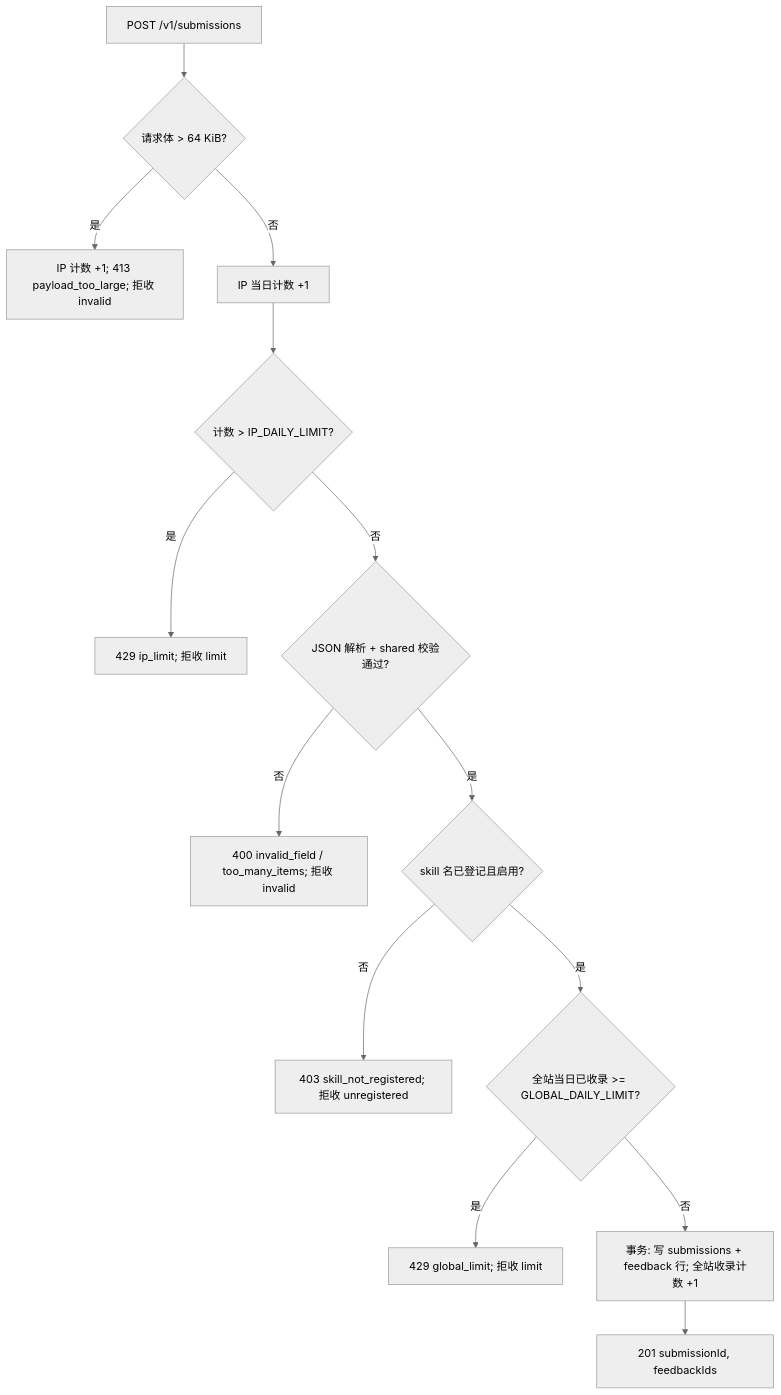
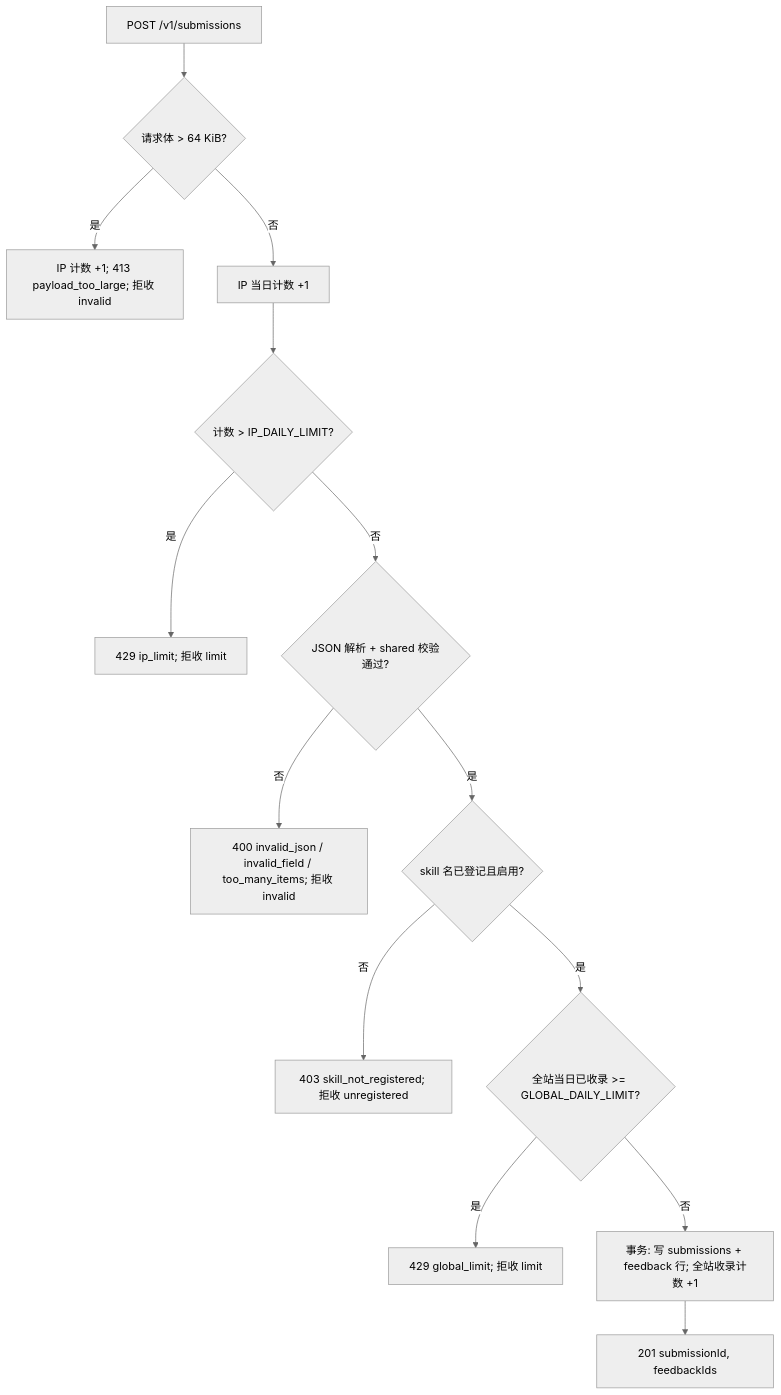
One commit to weidwonder/agent_feedback changed the first of 2 diagrams in docs/spec/2026-09-29-agent-feedback-eng-spec.md. Above: the diagram before and after it, drawn with Mermaid (neutral theme). The commit also changed other lines of this file and 11 other files, not shown here.

````diff
--- a/docs/spec/2026-09-29-agent-feedback-eng-spec.md
+++ b/docs/spec/2026-09-29-agent-feedback-eng-spec.md
@@ -30,16 +34,16 @@
 ```mermaid
 flowchart TD
   R[POST /v1/submissions] --> Z{请求体 > 64 KiB?}
   Z -->|是| Z1[IP 计数 +1; 413 payload_too_large; 拒收 invalid]
   Z -->|否| A[IP 当日计数 +1]
   A --> B{计数 > IP_DAILY_LIMIT?}
   B -->|是| B1[429 ip_limit; 拒收 limit]
   B -->|否| C{JSON 解析 + shared 校验通过?}
-  C -->|否| C1[400 invalid_field / too_many_items; 拒收 invalid]
+  C -->|否| C1[400 invalid_json / invalid_field / too_many_items; 拒收 invalid]
   C -->|是| D{skill 名已登记且启用?}
   D -->|否| D1[403 skill_not_registered; 拒收 unregistered]
   D -->|是| E{全站当日已收录 >= GLOBAL_DAILY_LIMIT?}
   E -->|是| E1[429 global_limit; 拒收 limit]
   E -->|否| F[事务: 写 submissions + feedback 行; 全站收录计数 +1]
   F --> G[201 submissionId, feedbackIds]
 ```
````
